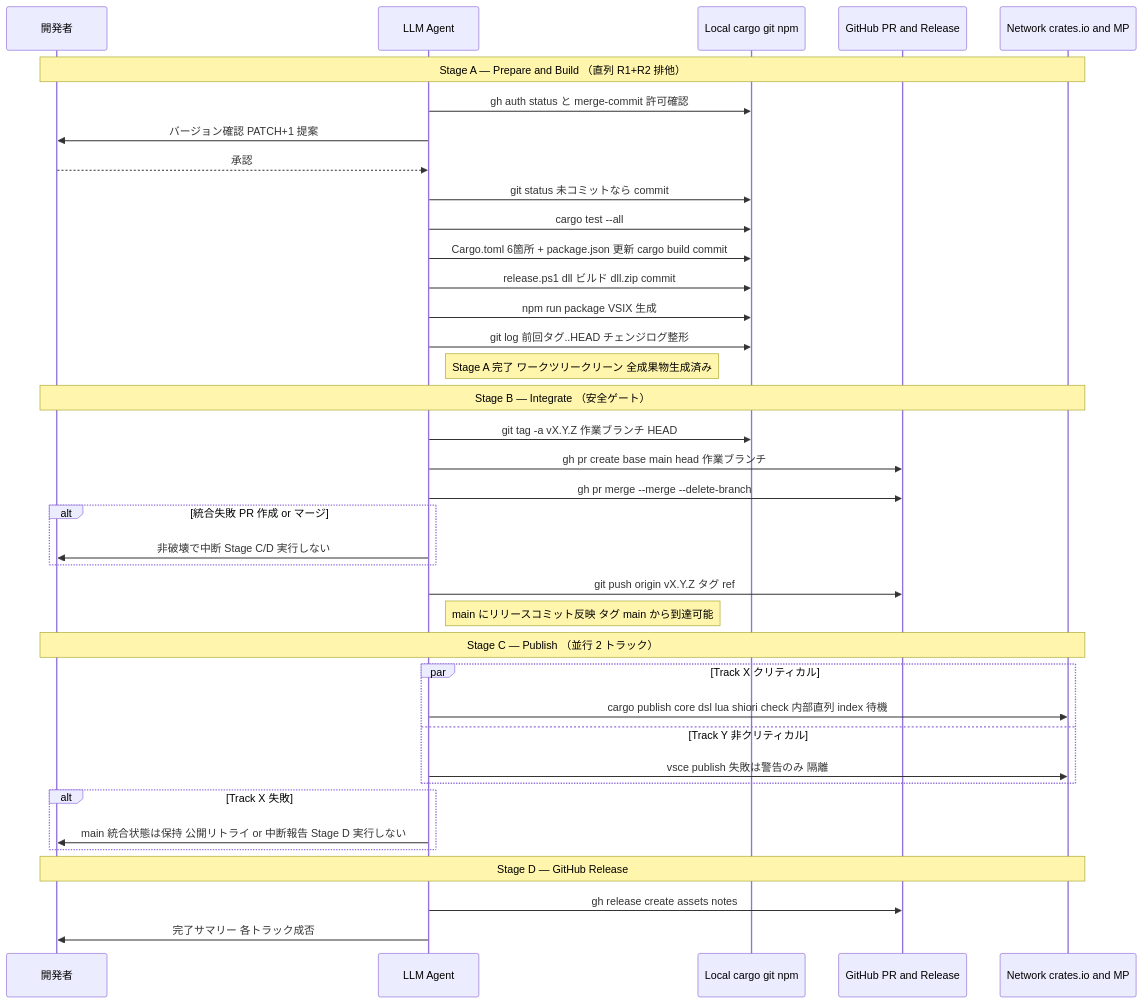
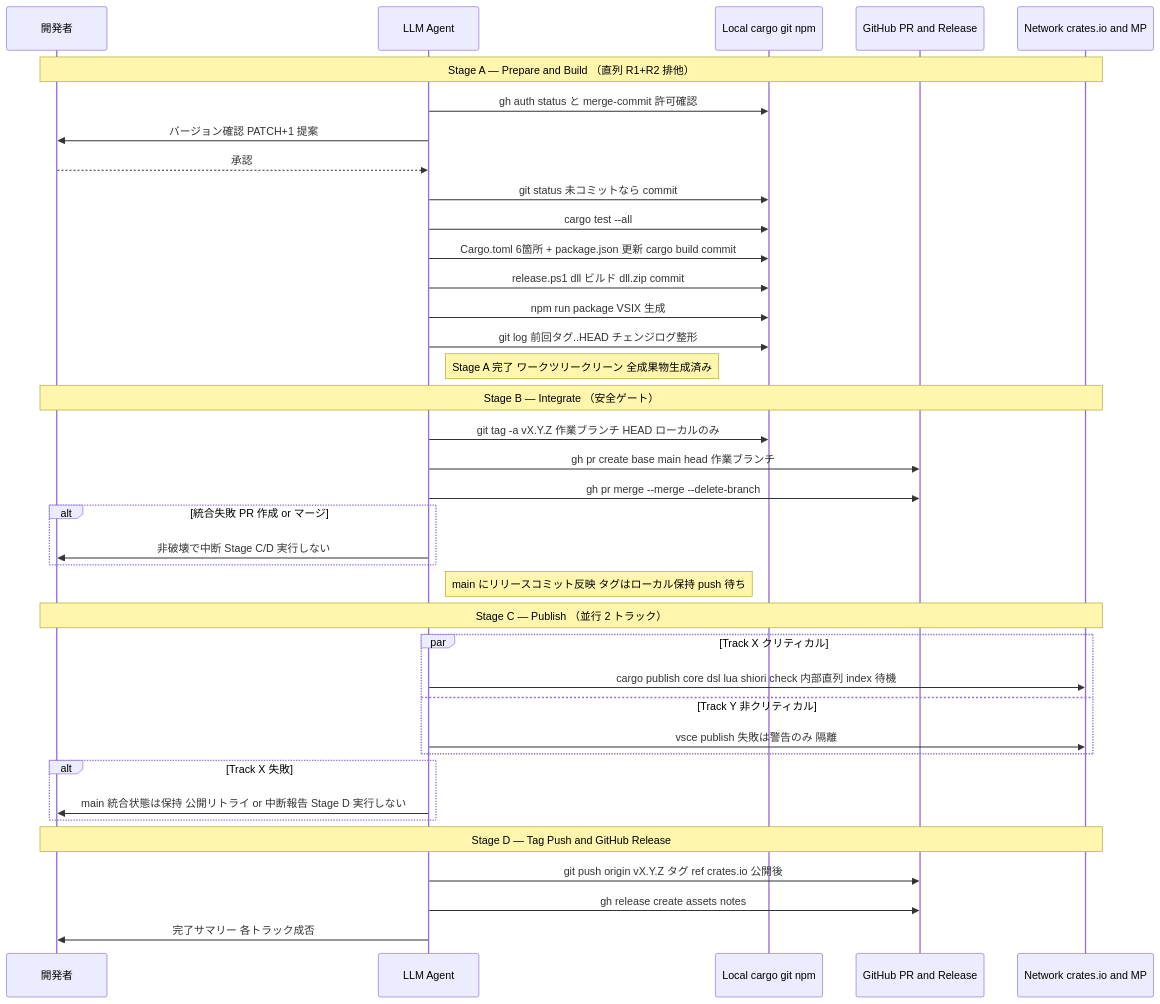
The second of 3 diagrams in .kiro/specs/release-workflow/design.md (ekicyou/pasta), drawn with Mermaid before and after one commit. The commit also changed other lines of this file and 2 other files, not shown here.

Commit message:
docs(release-workflow): resolve design discussion #3 - defer tag push to post-publish (Stage D)

````diff
--- a/.kiro/specs/release-workflow/design.md
+++ b/.kiro/specs/release-workflow/design.md
@@ -221,44 +224,44 @@
 ```mermaid
 sequenceDiagram
     participant Dev as 開発者
     participant LLM as LLM Agent
     participant Local as Local cargo git npm
     participant GH as GitHub PR and Release
     participant Net as Network crates.io and MP
 
     Note over Dev,Net: Stage A — Prepare and Build （直列 R1+R2 排他）
     LLM->>Local: gh auth status と merge-commit 許可確認
     LLM->>Dev: バージョン確認 PATCH+1 提案
     Dev-->>LLM: 承認
     LLM->>Local: git status 未コミットなら commit
     LLM->>Local: cargo test --all
     LLM->>Local: Cargo.toml 6箇所 + package.json 更新 cargo build commit
     LLM->>Local: release.ps1 dll ビルド dll.zip commit
     LLM->>Local: npm run package VSIX 生成
     LLM->>Local: git log 前回タグ..HEAD チェンジログ整形
     Note right of LLM: Stage A 完了 ワークツリークリーン 全成果物生成済み
 
     Note over Dev,Net: Stage B — Integrate （安全ゲート）
-    LLM->>Local: git tag -a vX.Y.Z 作業ブランチ HEAD
+    LLM->>Local: git tag -a vX.Y.Z 作業ブランチ HEAD ローカルのみ
     LLM->>GH: gh pr create base main head 作業ブランチ
     LLM->>GH: gh pr merge --merge --delete-branch
     alt 統合失敗 PR 作成 or マージ
         LLM->>Dev: 非破壊で中断 Stage C/D 実行しない
     end
-    LLM->>GH: git push origin vX.Y.Z タグ ref
-    Note right of LLM: main にリリースコミット反映 タグ main から到達可能
+    Note right of LLM: main にリリースコミット反映 タグはローカル保持 push 待ち
 
     Note over Dev,Net: Stage C — Publish （並行 2 トラック）
     par Track X クリティカル
         LLM->>Net: cargo publish core dsl lua shiori check 内部直列 index 待機
     and Track Y 非クリティカル
         LLM->>Net: vsce publish 失敗は警告のみ 隔離
     end
     alt Track X 失敗
         LLM->>Dev: main 統合状態は保持 公開リトライ or 中断報告 Stage D 実行しない
     end
 
-    Note over Dev,Net: Stage D — GitHub Release
+    Note over Dev,Net: Stage D — Tag Push and GitHub Release
+    LLM->>GH: git push origin vX.Y.Z タグ ref crates.io 公開後
     LLM->>GH: gh release create assets notes
     LLM->>Dev: 完了サマリー 各トラック成否
 ```
````
